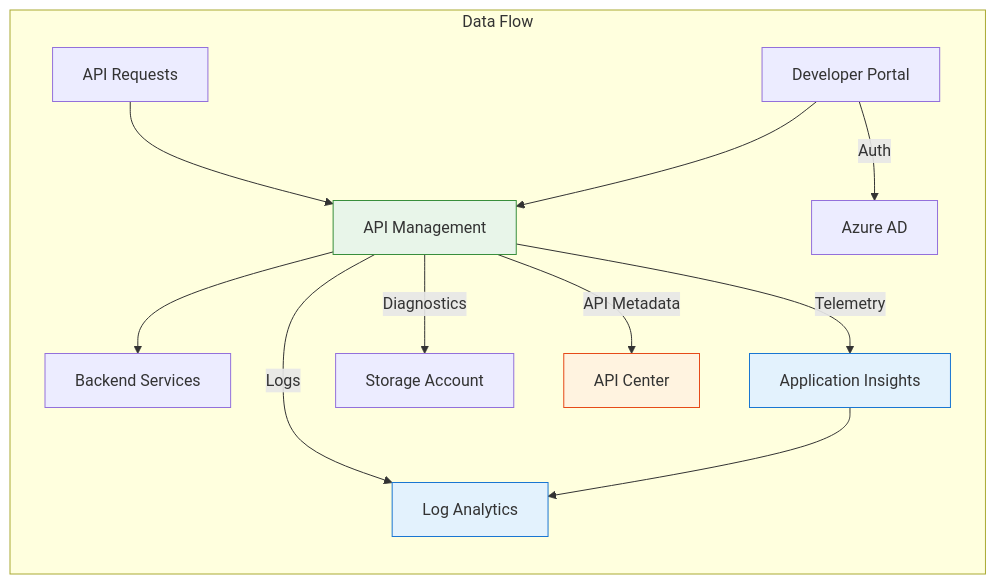
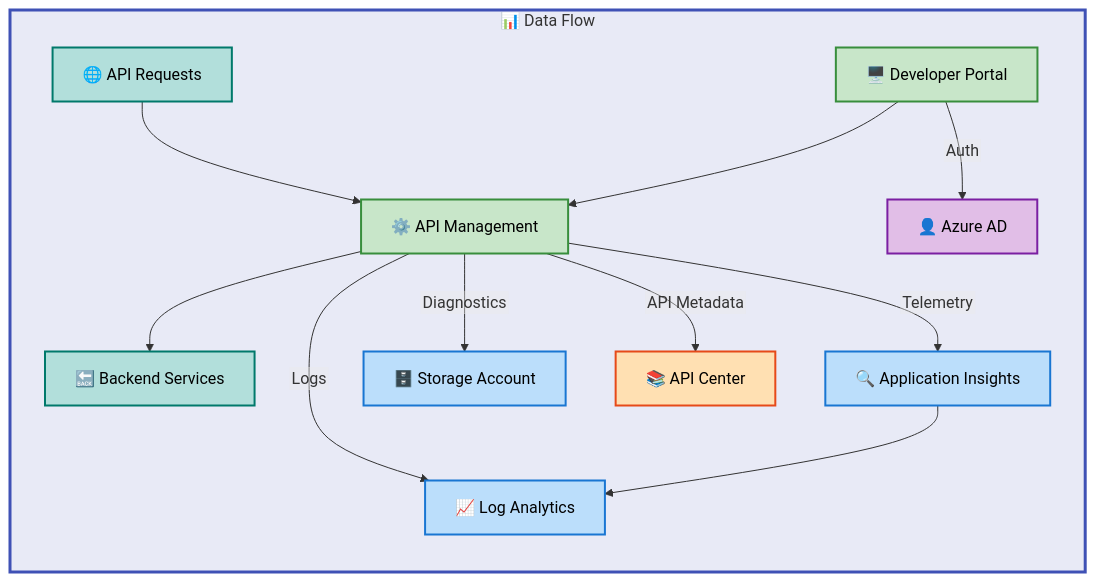
Before and after one commit to Evilazaro/APIM-Accelerator: the sixth of 6 diagrams in docs/architecture/Application_Architecture_Document_v2.md, drawn with Mermaid. The commit also changed other lines of this file and 1 other file, not shown here.

Commit message:
Enhance architecture documents with improved icons and formatting for clarity and visual appeal

````diff
--- a/docs/architecture/Application_Architecture_Document_v2.md
+++ b/docs/architecture/Application_Architecture_Document_v2.md
@@ -585,23 +621,37 @@
 ```mermaid
+%%{init: {"flowchart": {"htmlLabels": false}} }%%
 flowchart LR
-    subgraph "Data Flow"
-        API[API Requests] --> APIM[API Management]
-        APIM --> Backend[Backend Services]
+    %% ============================================
+    %% COLOR SCHEME DOCUMENTATION
+    %% ============================================
+    %% API Flow: Teal (#B2DFDB) - External requests
+    %% Platform: Green (#E8F5E9) - Core services
+    %% Monitoring: Blue (#E3F2FD) - Observability
+    %% Governance: Orange (#FFF3E0) - API Center
+    %% Identity: Purple (#E1BEE7) - Authentication
+    %% ============================================
 
-        APIM -->|Telemetry| AI[Application Insights]
-        APIM -->|Logs| LA[Log Analytics]
-        APIM -->|Diagnostics| SA[Storage Account]
+    subgraph dataFlow["📊 Data Flow"]
+        API["🌐 API Requests"]:::mdTeal --> APIM["⚙️ API Management"]:::mdGreen
+        APIM --> Backend["🔙 Backend Services"]:::mdTeal
+
+        APIM -->|Telemetry| AI["🔍 Application Insights"]:::mdBlue
+        APIM -->|Logs| LA["📈 Log Analytics"]:::mdBlue
+        APIM -->|Diagnostics| SA["🗄️ Storage Account"]:::mdBlue
 
         AI --> LA
 
-        APIM -->|API Metadata| AC[API Center]
+        APIM -->|API Metadata| AC["📚 API Center"]:::mdOrange
 
-        DevPortal[Developer Portal] --> APIM
-        DevPortal -->|Auth| AAD[Azure AD]
+        DevPortal["🖥️ Developer Portal"]:::mdGreen --> APIM
+        DevPortal -->|Auth| AAD["👤 Azure AD"]:::mdPurple
     end
 
-    style APIM fill:#E8F5E9,stroke:#388E3C
-    style AI fill:#E3F2FD,stroke:#1976D2
-    style LA fill:#E3F2FD,stroke:#1976D2
-    style AC fill:#FFF3E0,stroke:#E64A19
+    classDef mdTeal fill:#B2DFDB,stroke:#00796B,stroke-width:2px,color:#000
+    classDef mdGreen fill:#C8E6C9,stroke:#388E3C,stroke-width:2px,color:#000
+    classDef mdBlue fill:#BBDEFB,stroke:#1976D2,stroke-width:2px,color:#000
+    classDef mdOrange fill:#FFE0B2,stroke:#E64A19,stroke-width:2px,color:#000
+    classDef mdPurple fill:#E1BEE7,stroke:#7B1FA2,stroke-width:2px,color:#000
+
+    style dataFlow fill:#E8EAF6,stroke:#3F51B5,stroke-width:3px
 ```
````
